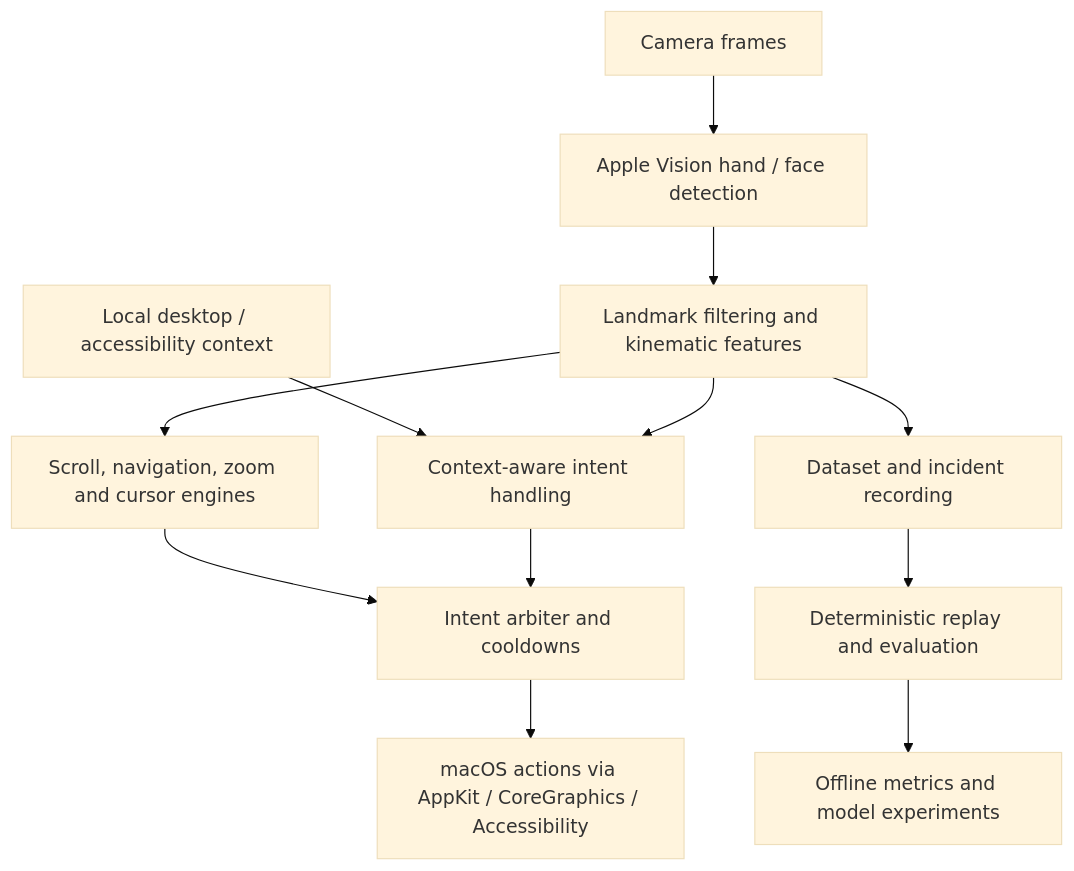
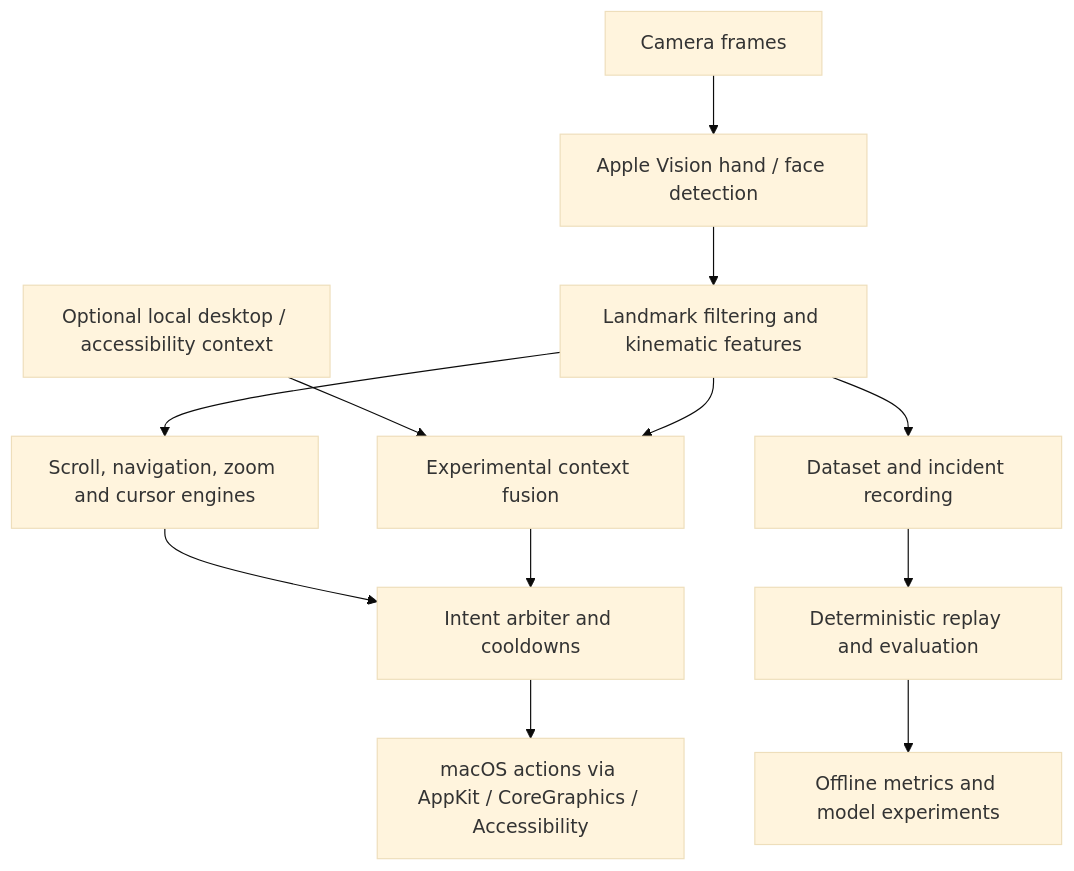
Before and after one commit to Thundercok/multimodal-intent-inference: the diagram in README.md, drawn with Mermaid (base theme). The commit also changed other lines of this file, not shown here.

Commit message:
docs: clarify optional context-fusion status

````diff
--- a/README.md
+++ b/README.md
@@ -48,14 +48,14 @@
 ```mermaid
 flowchart TD
     Camera[Camera frames] --> Vision[Apple Vision hand / face detection]
     Vision --> Features[Landmark filtering and kinematic features]
     Features --> Modes[Scroll, navigation, zoom and cursor engines]
-    Context[Local desktop / accessibility context] --> Fusion[Context-aware intent handling]
+    Context[Optional local desktop / accessibility context] --> Fusion[Experimental context fusion]
     Features --> Fusion
     Modes --> Arbiter[Intent arbiter and cooldowns]
     Fusion --> Arbiter
     Arbiter --> Actions[macOS actions via AppKit / CoreGraphics / Accessibility]
     Features --> Recorder[Dataset and incident recording]
     Recorder --> Replay[Deterministic replay and evaluation]
     Replay --> Metrics[Offline metrics and model experiments]
 ```
````
